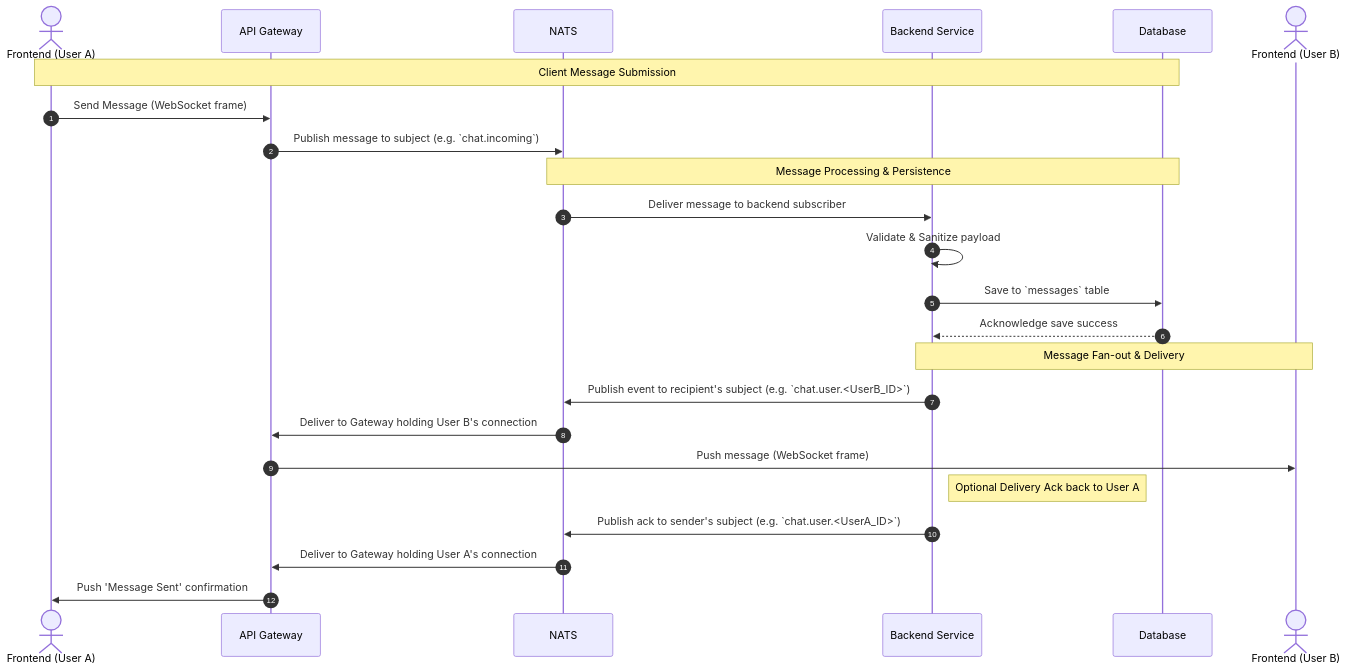
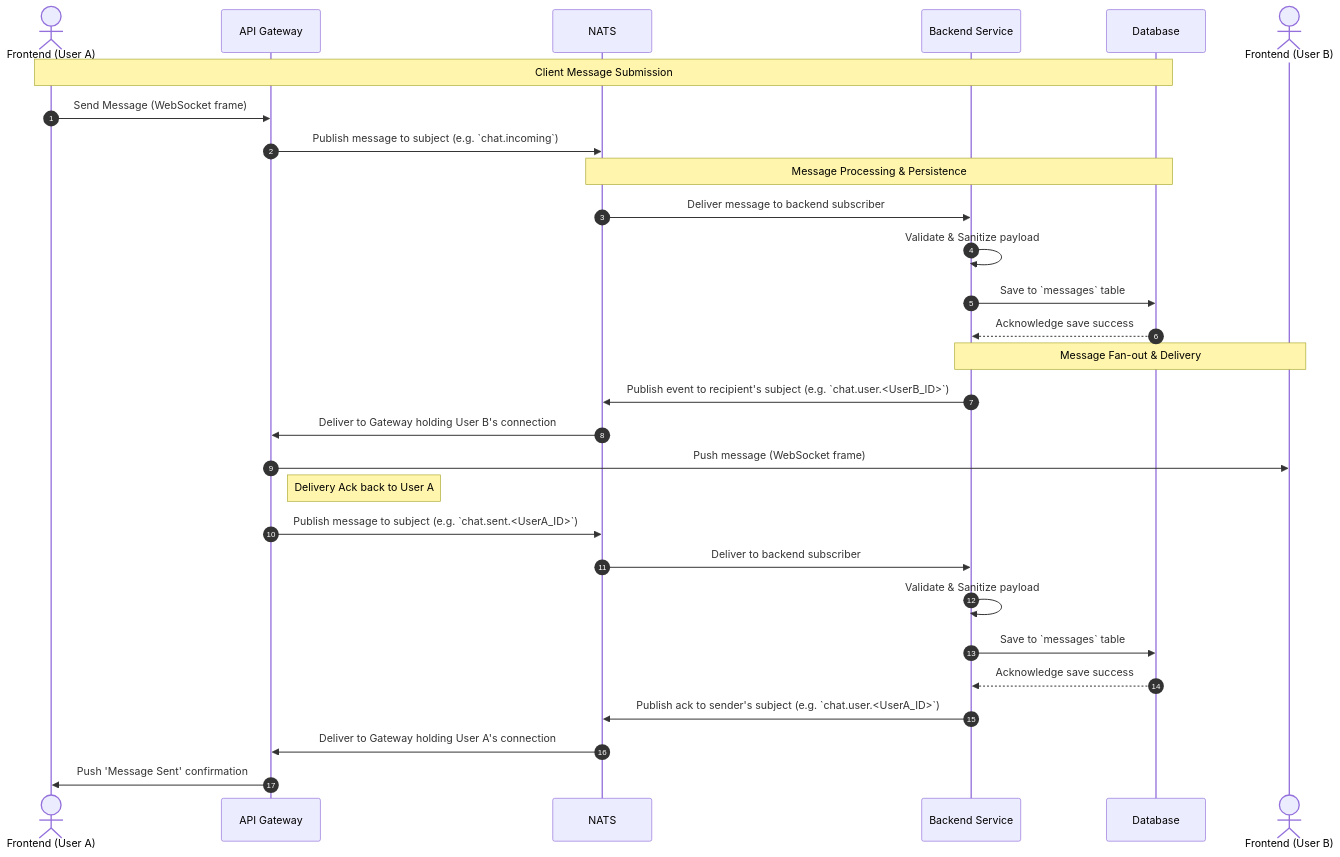
Before and after one commit to zukigit/chat: the diagram in docs/chat_streaming.md, drawn with Mermaid.

Commit message:
docs: elaborate on the delivery acknowledgment flow to include persistence and validation steps.

````diff
--- a/docs/chat_streaming.md
+++ b/docs/chat_streaming.md
@@ -9,31 +9,36 @@
 ```mermaid
 sequenceDiagram
     autonumber
     
     actor F1 as Frontend (User A)
     participant GW as API Gateway
     participant NQ as NATS
     participant BE as Backend Service
     participant DB as Database
     actor F2 as Frontend (User B)
 
     note over F1, DB: Client Message Submission
     F1->>GW: Send Message (WebSocket frame)
     GW->>NQ: Publish message to subject (e.g. `chat.incoming`)
     
     note over NQ, DB: Message Processing & Persistence
     NQ->>BE: Deliver message to backend subscriber
     BE->>BE: Validate & Sanitize payload
     BE->>DB: Save to `messages` table
     DB-->>BE: Acknowledge save success
     
     note over BE, F2: Message Fan-out & Delivery
     BE->>NQ: Publish event to recipient's subject (e.g. `chat.user.<UserB_ID>`)
     NQ->>GW: Deliver to Gateway holding User B's connection
     GW->>F2: Push message (WebSocket frame)
     
-    note right of BE: Optional Delivery Ack back to User A
+    note right of GW: Delivery Ack back to User A
+    GW->>NQ: Publish message to subject (e.g. `chat.sent.<UserA_ID>`)
+    NQ->>BE: Deliver to backend subscriber
+    BE->>BE: Validate & Sanitize payload
+    BE->>DB: Save to `messages` table
+    DB-->>BE: Acknowledge save success
     BE->>NQ: Publish ack to sender's subject (e.g. `chat.user.<UserA_ID>`)
     NQ->>GW: Deliver to Gateway holding User A's connection
     GW->>F1: Push 'Message Sent' confirmation
 ```
````
